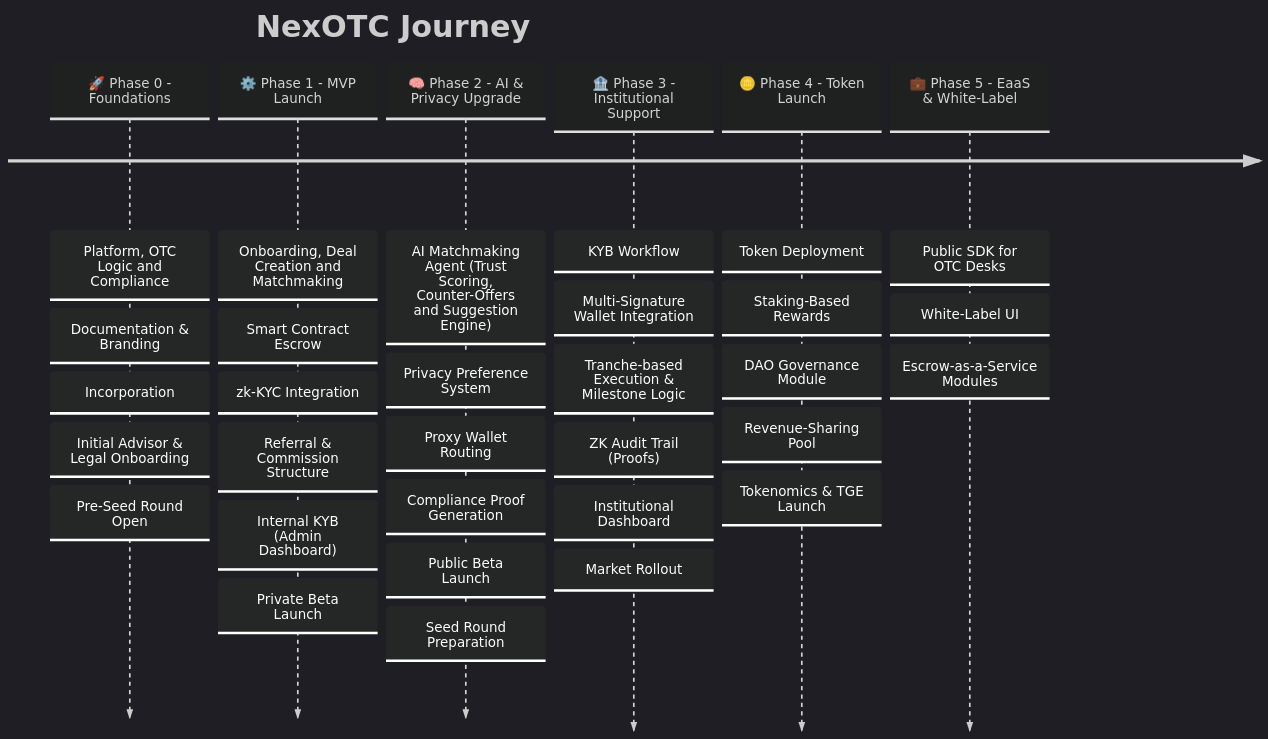
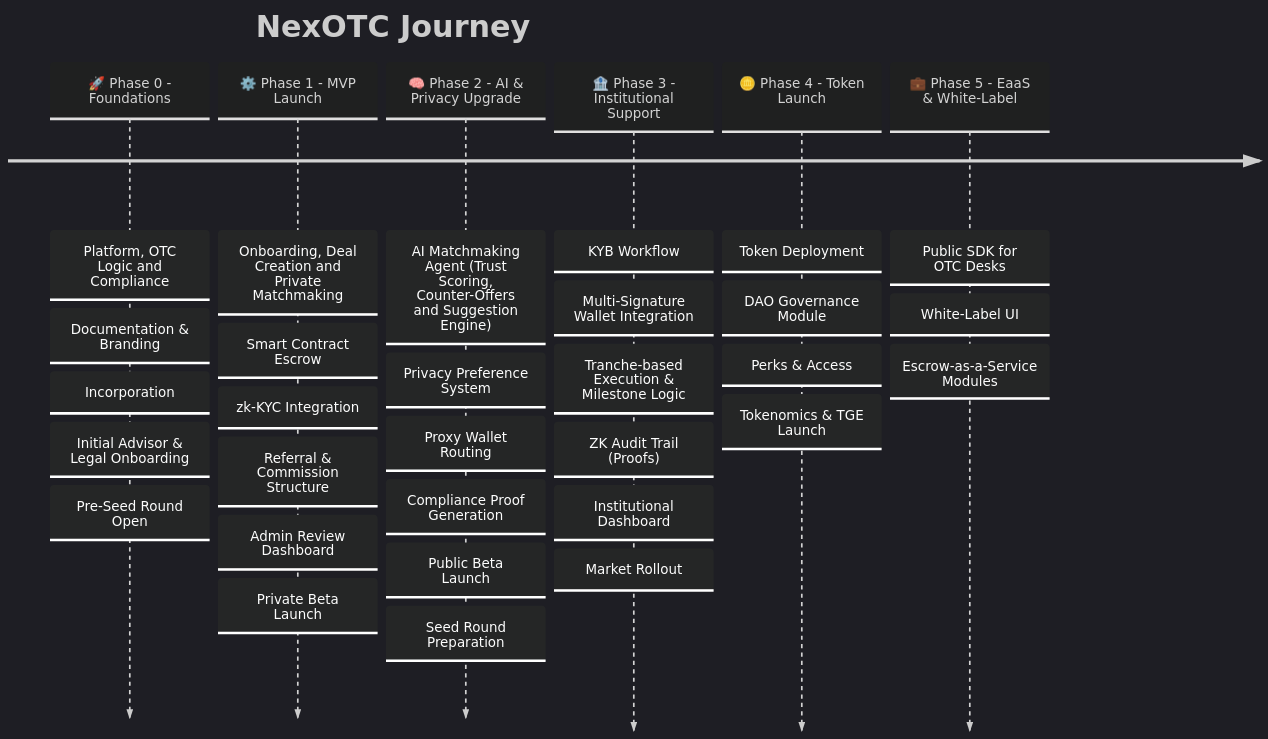
One commit to nexotc/nexotc-docs changed the diagram in docs/nexotc/roadmap.md. Above: the diagram before and after it, drawn with Mermaid. The commit also changed 11 other files, not shown here.

Commit message:
Rewards & Revenue Share Pages #1

````diff
--- a/docs/nexotc/roadmap.md
+++ b/docs/nexotc/roadmap.md
@@ -10,11 +10,11 @@
 ```mermaid
    %%{init: { 'logLevel': 'debug', 'theme': 'dark', 'timeline': {'disableMulticolor': true}}}%%
     timeline
         title NexOTC Journey
           🚀 Phase 0 - Foundations : Platform, OTC Logic and Compliance : Documentation & Branding : Incorporation : Initial Advisor & Legal Onboarding : Pre-Seed Round Open
-          ⚙️ Phase 1 - MVP Launch : Onboarding, Deal Creation and Matchmaking : Smart Contract Escrow : zk-KYC Integration : Referral & Commission Structure : Internal KYB (Admin Dashboard) : Private Beta Launch
+          ⚙️ Phase 1 - MVP Launch : Onboarding, Deal Creation and Private Matchmaking : Smart Contract Escrow : zk-KYC Integration : Referral & Commission Structure : Admin Review Dashboard : Private Beta Launch
           🧠 Phase 2 - AI & Privacy Upgrade : AI Matchmaking Agent (Trust Scoring, Counter-Offers and Suggestion Engine) : Privacy Preference System : Proxy Wallet Routing : Compliance Proof Generation : Public Beta Launch : Seed Round Preparation
           🏦 Phase 3 - Institutional Support : KYB Workflow : Multi-Signature Wallet Integration : Tranche-based Execution & Milestone Logic : ZK Audit Trail (Proofs) : Institutional Dashboard : Market Rollout
-          🪙 Phase 4 - Token Launch : Token Deployment : Staking-Based Rewards : DAO Governance Module : Revenue-Sharing Pool : Tokenomics & TGE Launch
+          🪙 Phase 4 - Token Launch : Token Deployment : DAO Governance Module : Perks & Access : Tokenomics & TGE Launch
           💼 Phase 5 - EaaS & White-Label : Public SDK for OTC Desks : White-Label UI : Escrow-as-a-Service Modules
 ```
````
